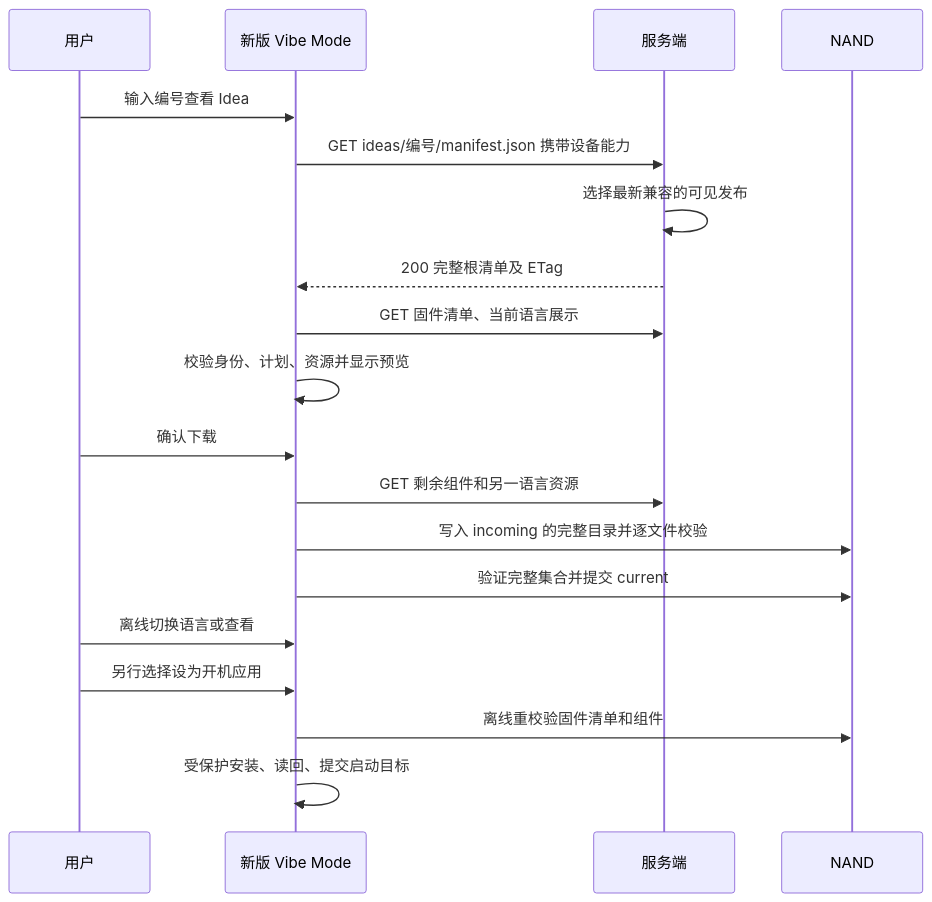
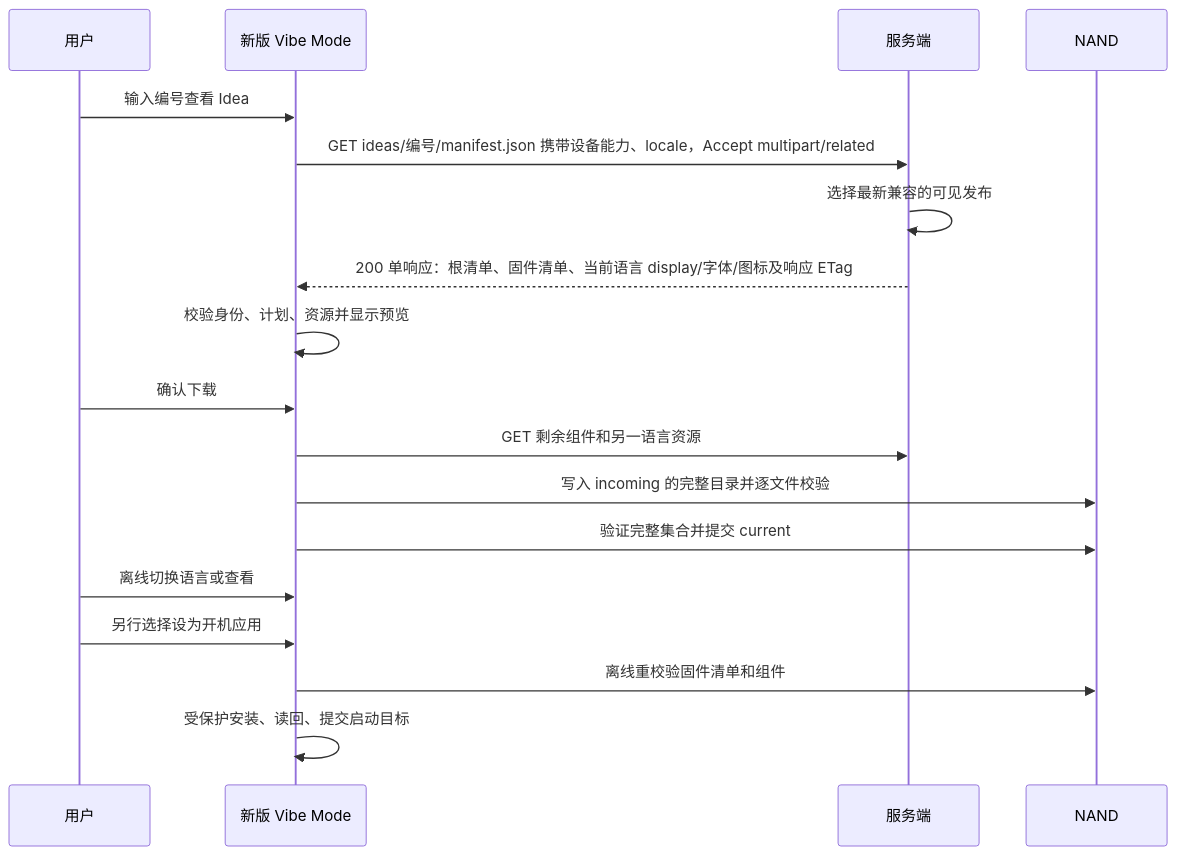
Before and after one commit to SUPERJAMESS/esp-mosaico-utils: the second of 2 diagrams in mosaico-tools/docs/ideas-file-release/README.zh-CN.md, drawn with Mermaid. The commit also changed other lines of this file and 22 other files, not shown here.

````diff
--- a/mosaico-tools/docs/ideas-file-release/README.zh-CN.md
+++ b/mosaico-tools/docs/ideas-file-release/README.zh-CN.md
@@ -520,21 +524,20 @@
 ```mermaid
 sequenceDiagram
     participant U as 用户
     participant D as 新版 Vibe Mode
     participant S as 服务端
     participant N as NAND
     U->>D: 输入编号查看 Idea
-    D->>S: GET ideas/编号/manifest.json 携带设备能力
+    D->>S: GET ideas/编号/manifest.json 携带设备能力、locale，Accept multipart/related
     S->>S: 选择最新兼容的可见发布
-    S-->>D: 200 完整根清单及 ETag
-    D->>S: GET 固件清单、当前语言展示
+    S-->>D: 200 单响应：根清单、固件清单、当前语言 display/字体/图标及响应 ETag
     D->>D: 校验身份、计划、资源并显示预览
     U->>D: 确认下载
     D->>S: GET 剩余组件和另一语言资源
     D->>N: 写入 incoming 的完整目录并逐文件校验
     D->>N: 验证完整集合并提交 current
     U->>D: 离线切换语言或查看
     U->>D: 另行选择设为开机应用
     D->>N: 离线重校验固件清单和组件
     D->>D: 受保护安装、读回、提交启动目标
 ```
````
